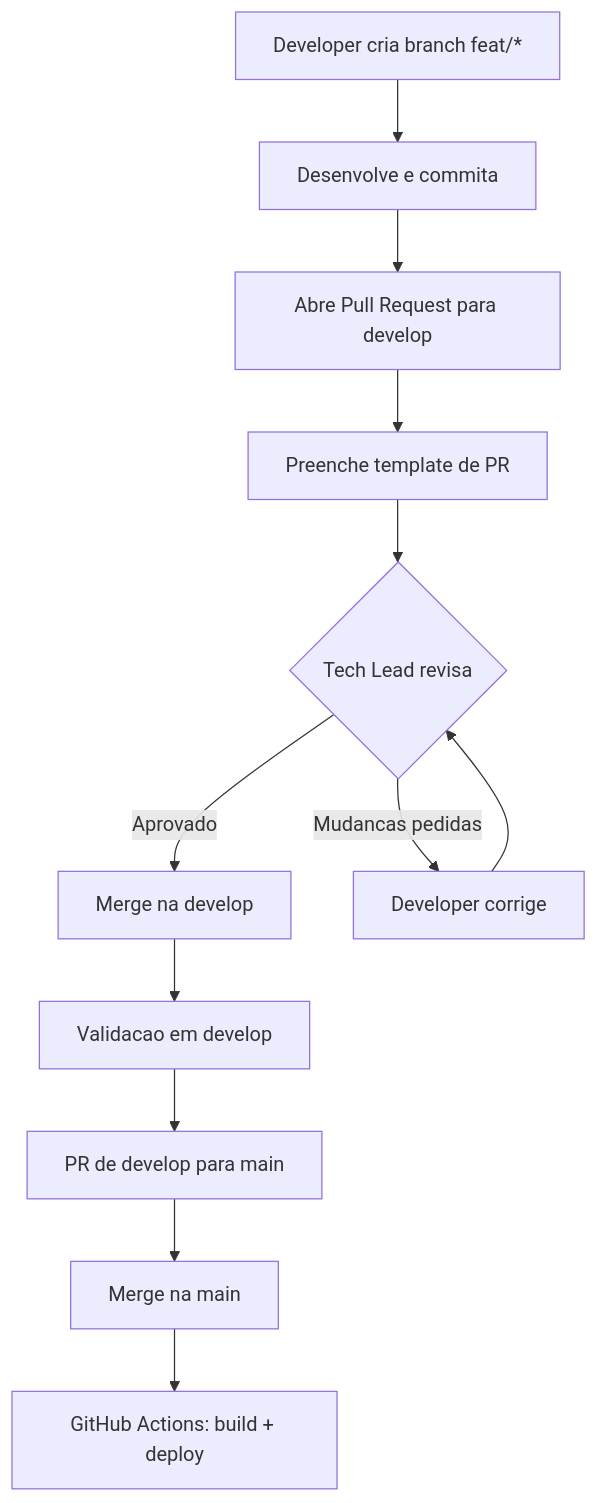
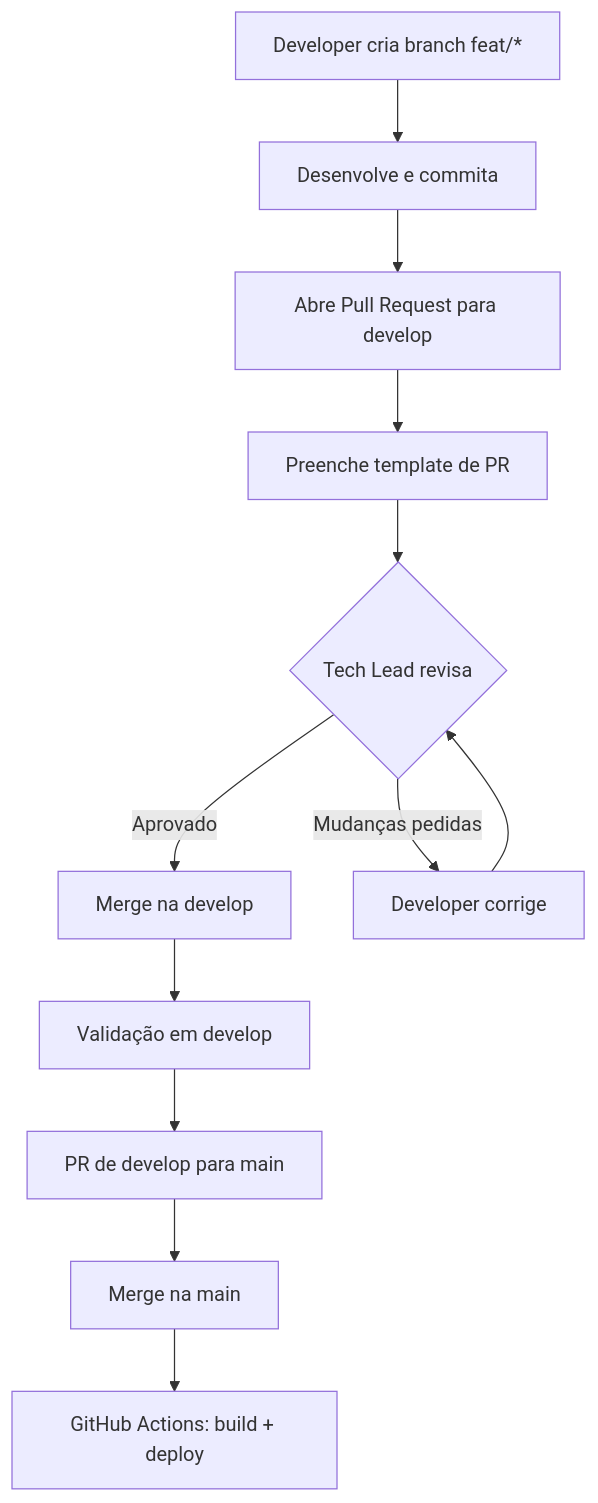
Before and after one commit to pedrohpsantos/EdTech: the third of 3 diagrams in docs/planejamento/rotacoes.md, drawn with Mermaid. The commit also changed other lines of this file and 21 other files, not shown here.

Commit message:
docs: scaffold project documentation, architecture design, and CI/CD infrastructure.

````diff
--- a/docs/planejamento/rotacoes.md
+++ b/docs/planejamento/rotacoes.md
@@ -142,15 +142,15 @@
 ```mermaid
 flowchart TD
     A["Developer cria branch feat/*"] --> B["Desenvolve e commita"]
     B --> C["Abre Pull Request para develop"]
     C --> D["Preenche template de PR"]
     D --> E{"Tech Lead revisa"}
     E -->|Aprovado| F["Merge na develop"]
-    E -->|Mudancas pedidas| G["Developer corrige"]
+    E -->|Mudanças pedidas| G["Developer corrige"]
     G --> E
-    F --> H["Validacao em develop"]
+    F --> H["Validação em develop"]
     H --> I["PR de develop para main"]
     I --> J["Merge na main"]
     J --> K["GitHub Actions: build + deploy"]
 
 ```
````
